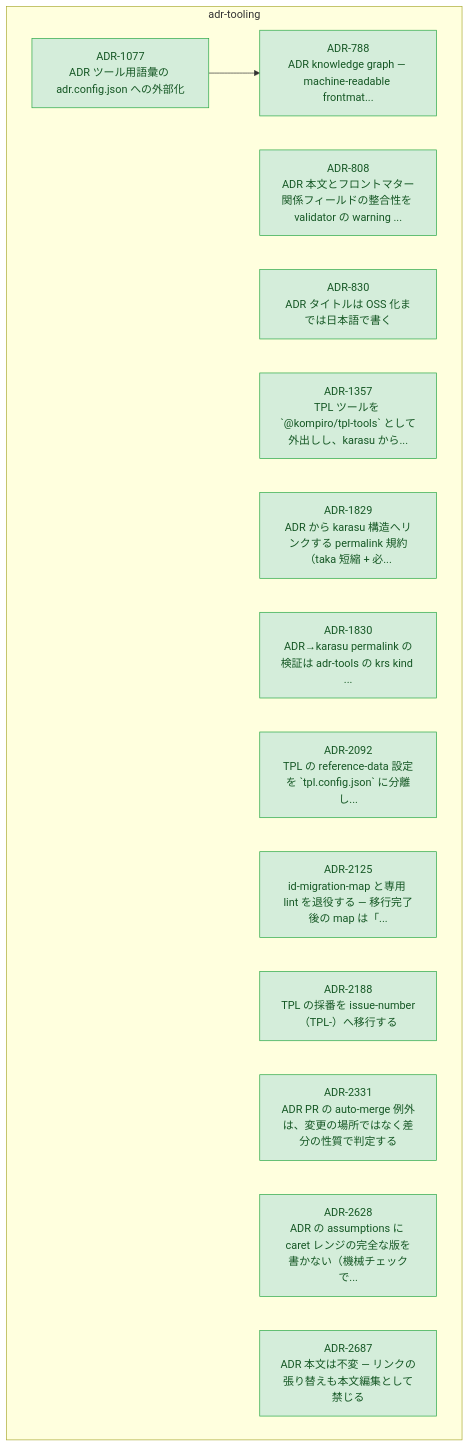
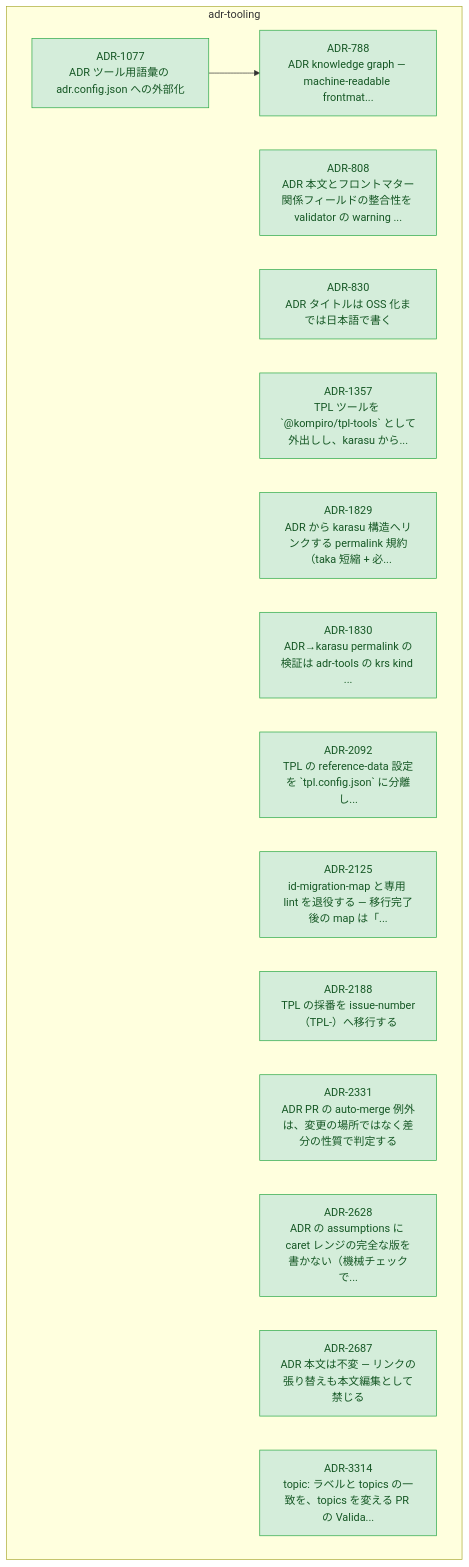
One commit to kompiro/karasu changed the diagram in docs/adr/graph/adr-tooling.md. Above: the diagram before and after it, drawn with Mermaid. The commit also changed 4 other files, not shown here.

Commit message:
docs(adr): promote the topic label sync check design to ADR-3314

````diff
--- a/docs/adr/graph/adr-tooling.md
+++ b/docs/adr/graph/adr-tooling.md
@@ -6,39 +6,41 @@
 ```mermaid
 flowchart TD
   subgraph adr-tooling["adr-tooling"]
     ADR_788["ADR-788<br/>ADR knowledge graph — machine-readable frontmat..."]
     ADR_808["ADR-808<br/>ADR 本文とフロントマター関係フィールドの整合性を validator の warning ..."]
     ADR_830["ADR-830<br/>ADR タイトルは OSS 化までは日本語で書く"]
     ADR_1077["ADR-1077<br/>ADR ツール用語彙の adr.config.json への外部化"]
     ADR_1357["ADR-1357<br/>TPL ツールを `@kompiro/tpl-tools` として外出しし、karasu から..."]
     ADR_1829["ADR-1829<br/>ADR から karasu 構造へリンクする permalink 規約（taka 短縮 + 必..."]
     ADR_1830["ADR-1830<br/>ADR→karasu permalink の検証は adr-tools の krs kind ..."]
     ADR_2092["ADR-2092<br/>TPL の reference-data 設定を `tpl.config.json` に分離し..."]
     ADR_2125["ADR-2125<br/>id-migration-map と専用 lint を退役する — 移行完了後の map は「..."]
     ADR_2188["ADR-2188<br/>TPL の採番を issue-number（TPL-<n>）へ移行する"]
     ADR_2331["ADR-2331<br/>ADR PR の auto-merge 例外は、変更の場所ではなく差分の性質で判定する"]
     ADR_2628["ADR-2628<br/>ADR の assumptions に caret レンジの完全な版を書かない（機械チェックで..."]
     ADR_2687["ADR-2687<br/>ADR 本文は不変 — リンクの張り替えも本文編集として禁じる"]
+    ADR_3314["ADR-3314<br/>topic: ラベルと topics の一致を、topics を変える PR の Valida..."]
   end
   ADR_1077 --> ADR_788
 
   classDef accepted fill:#d4edda,stroke:#28a745,color:#155724
   classDef proposed fill:#fff3cd,stroke:#ffc107,color:#856404
   classDef deprecated fill:#f8d7da,stroke:#dc3545,color:#721c24
   classDef superseded fill:#e2e3e5,stroke:#6c757d,color:#383d41
   classDef not_adopted fill:#e2e3e5,stroke:#6c757d,color:#383d41,stroke-dasharray:3 3
   classDef ghost fill:#f5f5f5,stroke:#adb5bd,color:#6c757d,stroke-dasharray:2 2
   class ADR_788 accepted
   class ADR_808 accepted
   class ADR_830 accepted
   class ADR_1077 accepted
   class ADR_1357 accepted
   class ADR_1829 accepted
   class ADR_1830 accepted
   class ADR_2092 accepted
   class ADR_2125 accepted
   class ADR_2188 accepted
   class ADR_2331 accepted
   class ADR_2628 accepted
   class ADR_2687 accepted
+  class ADR_3314 accepted
 ```
````
